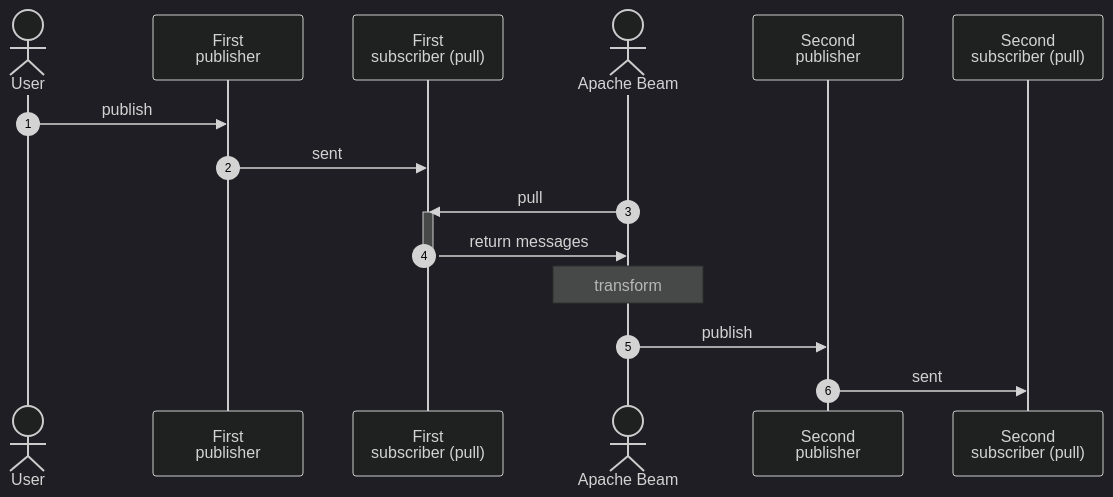
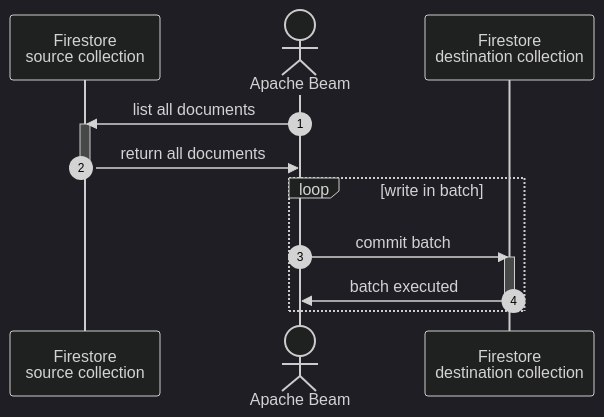
One commit to bluebirz/sample-beam changed the diagram in 07-custom-io/README.md. Above: the diagram before and after it, drawn with Mermaid (dark theme). The commit also changed other lines of this file and 3 other files, not shown here.

````diff
--- a/07-custom-io/README.md
+++ b/07-custom-io/README.md
@@ -17,19 +20,17 @@
 ```mermaid
 sequenceDiagram
-    actor user as User
-    participant pub1 as First<br>publisher
-    participant sub1 as First<br>subscriber (pull)
+    participant fs1 as Firestore<br>source collection
     actor beam as Apache Beam
-    participant pub2 as Second<br>publisher
-    participant sub2 as Second<br>subscriber (pull)
+    participant fs2 as Firestore<br>destination collection
     autonumber
-    user->>pub1: publish
-    pub1->>sub1: sent
-    beam->>sub1: pull
-    activate sub1
-    sub1->>beam: return messages
-    deactivate sub1
-    note over beam: transform
-    beam->>pub2: publish
-    pub2->>sub2: sent
+    beam->>fs1: list all documents
+    activate fs1
+    fs1->>beam: return all documents
+    deactivate fs1
+    loop write in batch
+      beam->>fs2: commit batch
+      activate fs2
+      fs2->>beam: batch executed
+      deactivate fs2
+    end
 ```
````
